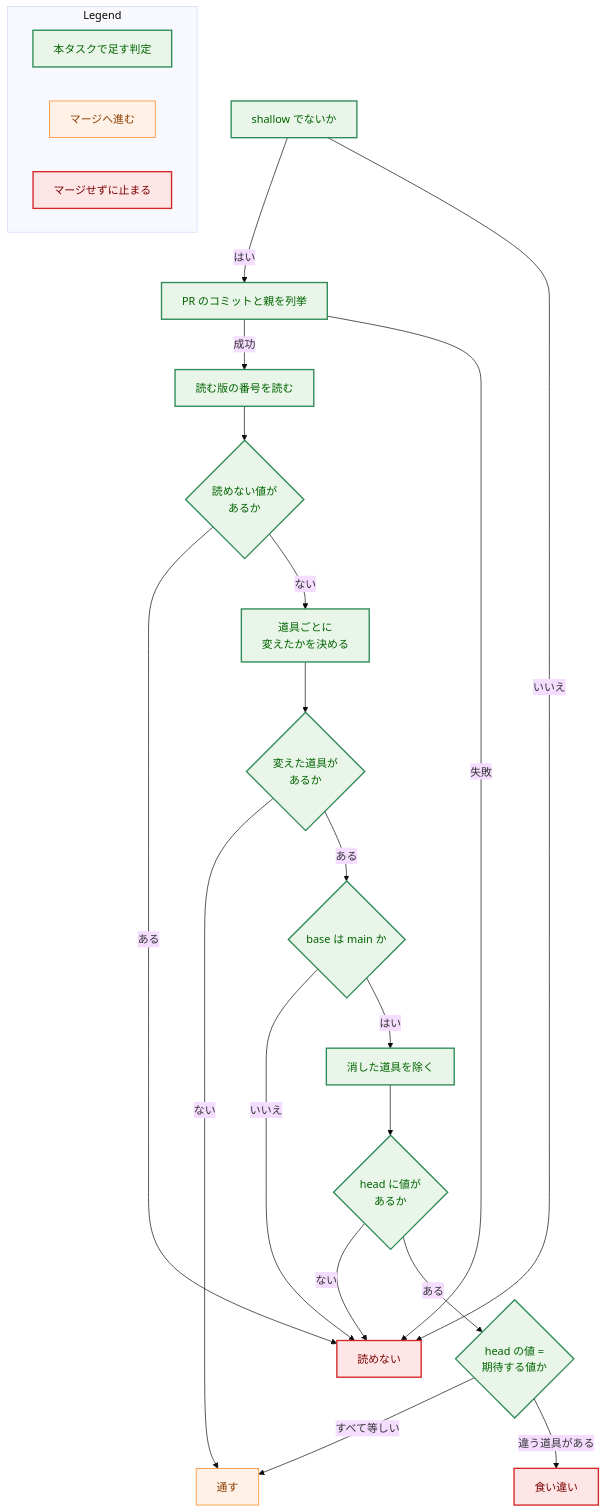
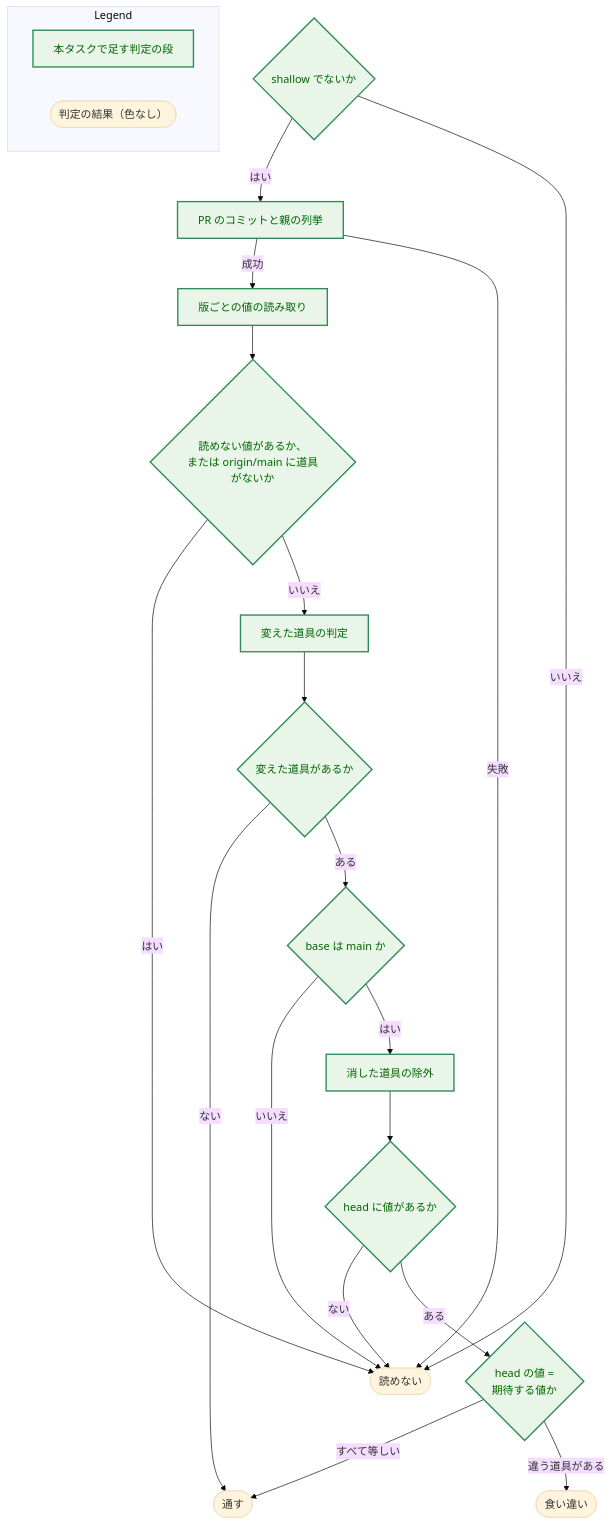
One commit to isseis/yt2column changed the fourth of 4 diagrams in docs/tasks/0099_protocol_number_rule/02_architecture.md. Above: the diagram before and after it, drawn with Mermaid (base theme). The commit also changed other lines of this file and 1 other file, not shown here.

First line of the commit message:
docs(0099): address the architecture review and the prose pass

````diff
--- a/docs/tasks/0099_protocol_number_rule/02_architecture.md
+++ b/docs/tasks/0099_protocol_number_rule/02_architecture.md
@@ -343,51 +422,44 @@
 ```mermaid
 flowchart TD
-    classDef process fill:#fff1e6,stroke:#ff7f0e,stroke-width:1px,color:#8a3e00;
     classDef enhanced fill:#e8f5e8,stroke:#2e8b57,stroke-width:2px,color:#006400;
-    classDef problem fill:#ffe6e6,stroke:#d62728,stroke-width:2px,color:#7b0000;
 
-    S["shallow でないか"]
-    L["PR のコミットと親を列挙"]
-    R["読む版の番号を読む"]
-    U{"読めない値が<br>あるか"}
-    C["道具ごとに<br>変えたかを決める"]
-    N{"変えた道具が<br>あるか"}
+    S{"shallow でないか"}
+    L["PR のコミットと親の列挙"]
+    R["版ごとの値の読み取り"]
+    U{"読めない値があるか、<br>または origin/main に道具がないか"}
+    C["変えた道具の判定"]
+    N{"変えた道具があるか"}
     B{"base は main か"}
-    D["消した道具を除く"]
-    H{"head に値が<br>あるか"}
+    D["消した道具の除外"]
+    H{"head に値があるか"}
     E{"head の値 =<br>期待する値か"}
-    PASS["通す"]
-    MIS["食い違い"]
-    UNR["読めない"]
+    PASS(["通す"])
+    MIS(["食い違い"])
+    UNR(["読めない"])
 
     S -->|"はい"| L
     S -->|"いいえ"| UNR
     L -->|"成功"| R
     L -->|"失敗"| UNR
     R --> U
-    U -->|"ある"| UNR
-    U -->|"ない"| C
+    U -->|"はい"| UNR
+    U -->|"いいえ"| C
     C --> N
     N -->|"ない"| PASS
     N -->|"ある"| B
     B -->|"いいえ"| UNR
     B -->|"はい"| D
     D --> H
     H -->|"ない"| UNR
     H -->|"ある"| E
     E -->|"すべて等しい"| PASS
     E -->|"違う道具がある"| MIS
 
     class S,L,R,C,D,U,N,B,H,E enhanced
-    class PASS process
-    class MIS,UNR problem
 
     subgraph Legend["Legend"]
-        L1["本タスクで足す判定"]
-        L2["マージへ進む"]
-        L3["マージせずに止まる"]
+        L1["本タスクで足す判定の段"]
+        L2(["判定の結果（色なし）"])
     end
     class L1 enhanced
-    class L2 process
-    class L3 problem
 ```
````
